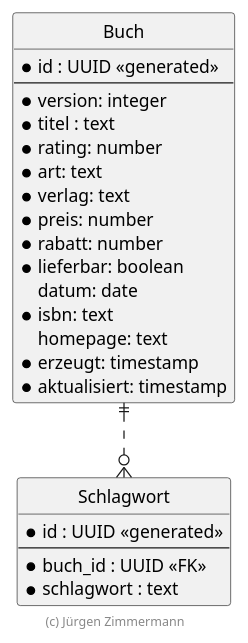
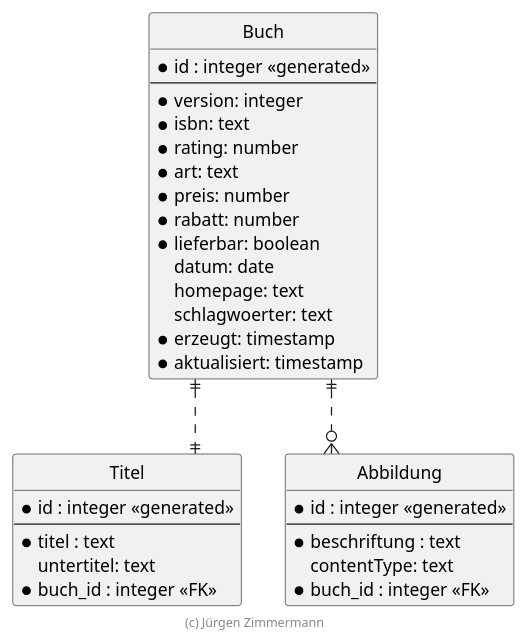
The diagram in .extras/doc/entwicklerhandbuch/ER-Diagramm.plantuml (danielptv/buch), drawn with PlantUML before and after one commit. The commit also changed 9 other files, not shown here.

```diff
--- a/.extras/doc/entwicklerhandbuch/ER-Diagramm.plantuml
+++ b/.extras/doc/entwicklerhandbuch/ER-Diagramm.plantuml
@@ -18,38 +18,47 @@
 @startuml ER Diagramm
 
 ' hide the spot
 hide circle
 
 ' evtl. Prbleme mit Kraehenfuessen vermeiden
 skinparam linetype ortho
 
 entity "Buch" {
-  *id : UUID <<generated>>
+  *id : integer <<generated>>
   --
   *version: integer
-  *titel : text
+  *isbn: text
   *rating: number
   *art: text
-  *verlag: text
   *preis: number
   *rabatt: number
   *lieferbar: boolean
   datum: date
-  *isbn: text
   homepage: text
+  schlagwoerter: text
   *erzeugt: timestamp
   *aktualisiert: timestamp
 }
 
-entity "Schlagwort" {
-  *id : UUID <<generated>>
+entity "Titel" {
+  *id : integer <<generated>>
   --
-  *buch_id : UUID <<FK>>
-  *schlagwort : text
+  *titel : text
+  untertitel: text
+  *buch_id : integer <<FK>>
 }
 
-Buch ||..o{ Schlagwort
+entity "Abbildung" {
+  *id : integer <<generated>>
+  --
+  *beschriftung : text
+  contentType: text
+  *buch_id : integer <<FK>>
+}
+
+Buch ||..|| Titel
+Buch ||..o{ Abbildung
 
 footer (c) Jürgen Zimmermann
 
 @enduml
```
